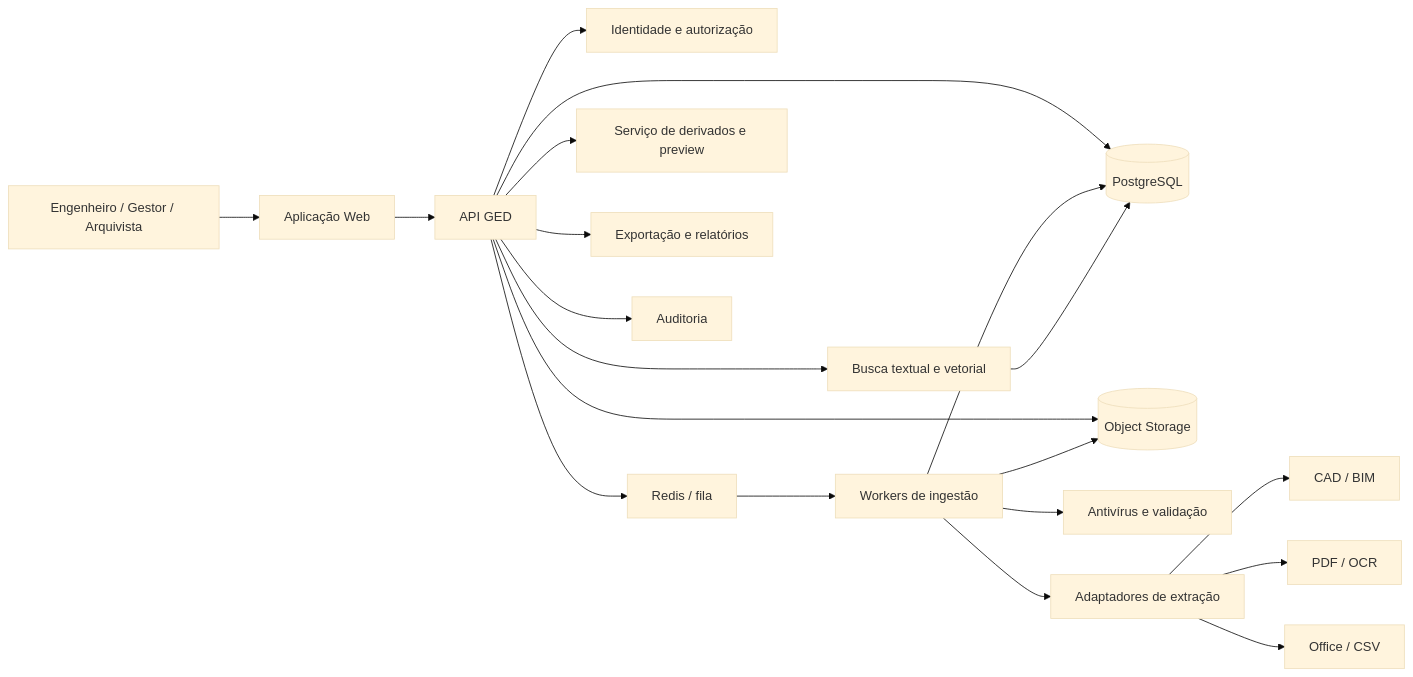
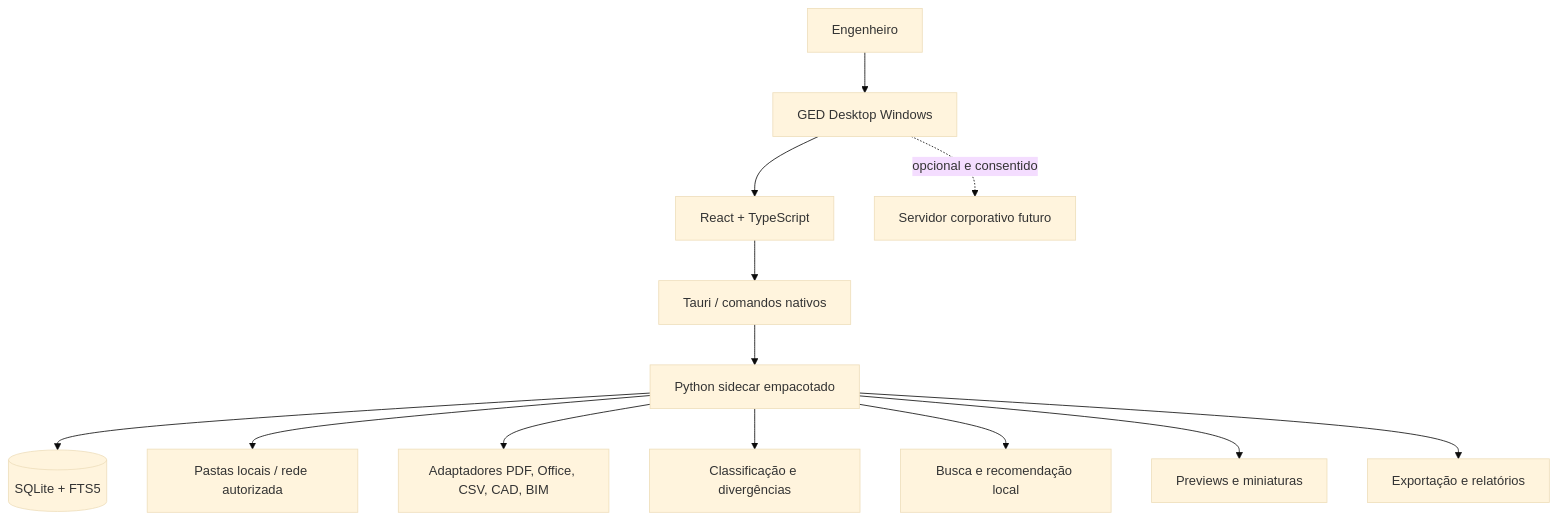
One commit to Lvc4br/Gerenciador-de-dados changed the first of 2 diagrams in docs/ARCHITECTURE.md. Above: the diagram before and after it, drawn with Mermaid (base theme). The commit also changed other lines of this file, not shown here.

Commit message:
docs: definir GED como aplicativo desktop Windows

````diff
--- a/docs/ARCHITECTURE.md
+++ b/docs/ARCHITECTURE.md
@@ -26,22 +20,15 @@
 ```mermaid
-flowchart LR
-  U[Engenheiro / Gestor / Arquivista] --> WEB[Aplicação Web]
-  WEB --> API[API GED]
-  API --> AUTH[Identidade e autorização]
-  API --> DB[(PostgreSQL)]
-  API --> OBJ[(Object Storage)]
-  API --> Q[Redis / fila]
-  Q --> W[Workers de ingestão]
-  W --> AV[Antivírus e validação]
-  W --> PAR[Adaptadores de extração]
-  PAR --> CAD[CAD / BIM]
-  PAR --> PDF[PDF / OCR]
-  PAR --> OFF[Office / CSV]
-  W --> DB
-  W --> OBJ
-  API --> SEARCH[Busca textual e vetorial]
-  SEARCH --> DB
-  API --> VIEW[Serviço de derivados e preview]
-  API --> EXP[Exportação e relatórios]
-  API --> AUD[Auditoria]
+flowchart TB
+  U[Engenheiro] --> APP[GED Desktop Windows]
+  APP --> UI[React + TypeScript]
+  UI --> TAURI[Tauri / comandos nativos]
+  TAURI --> CORE[Python sidecar empacotado]
+  CORE --> DB[(SQLite + FTS5)]
+  CORE --> FS[Pastas locais / rede autorizada]
+  CORE --> PARSERS[Adaptadores PDF, Office, CSV, CAD, BIM]
+  CORE --> RULES[Classificação e divergências]
+  CORE --> SEARCH[Busca e recomendação local]
+  CORE --> PREVIEW[Previews e miniaturas]
+  CORE --> EXPORT[Exportação e relatórios]
+  APP -. opcional e consentido .-> SYNC[Servidor corporativo futuro]
 ```
````
